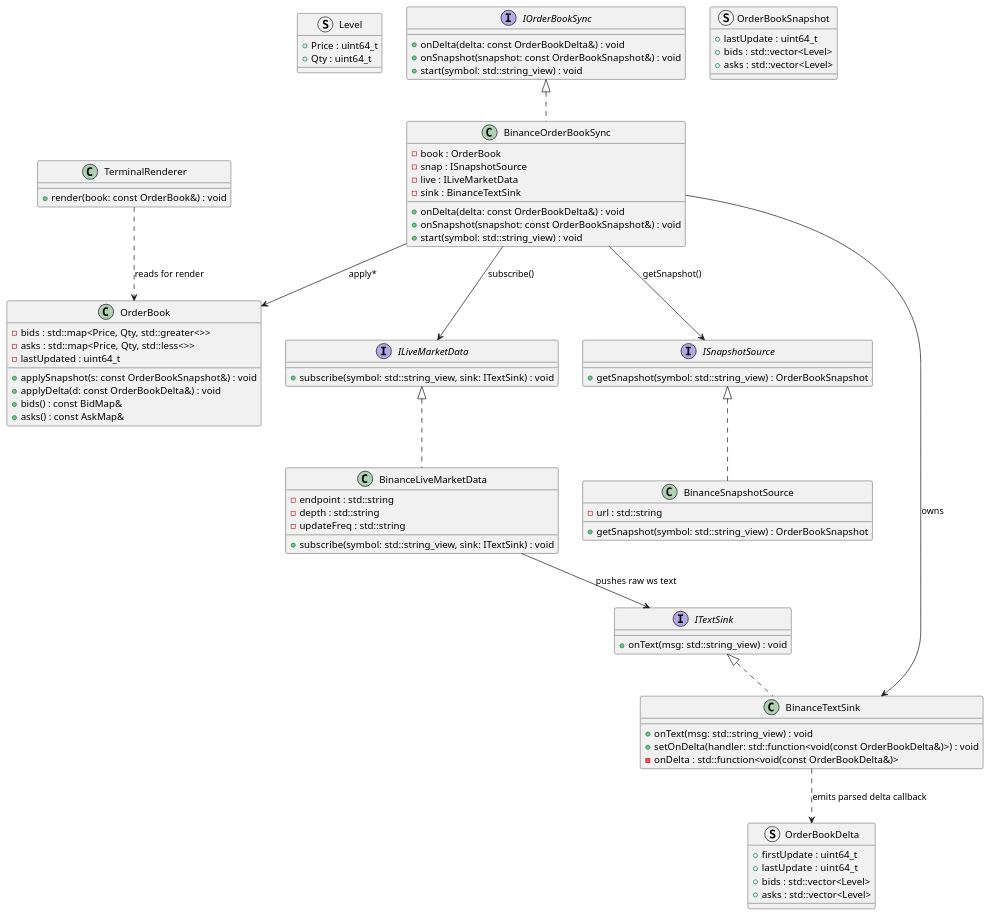
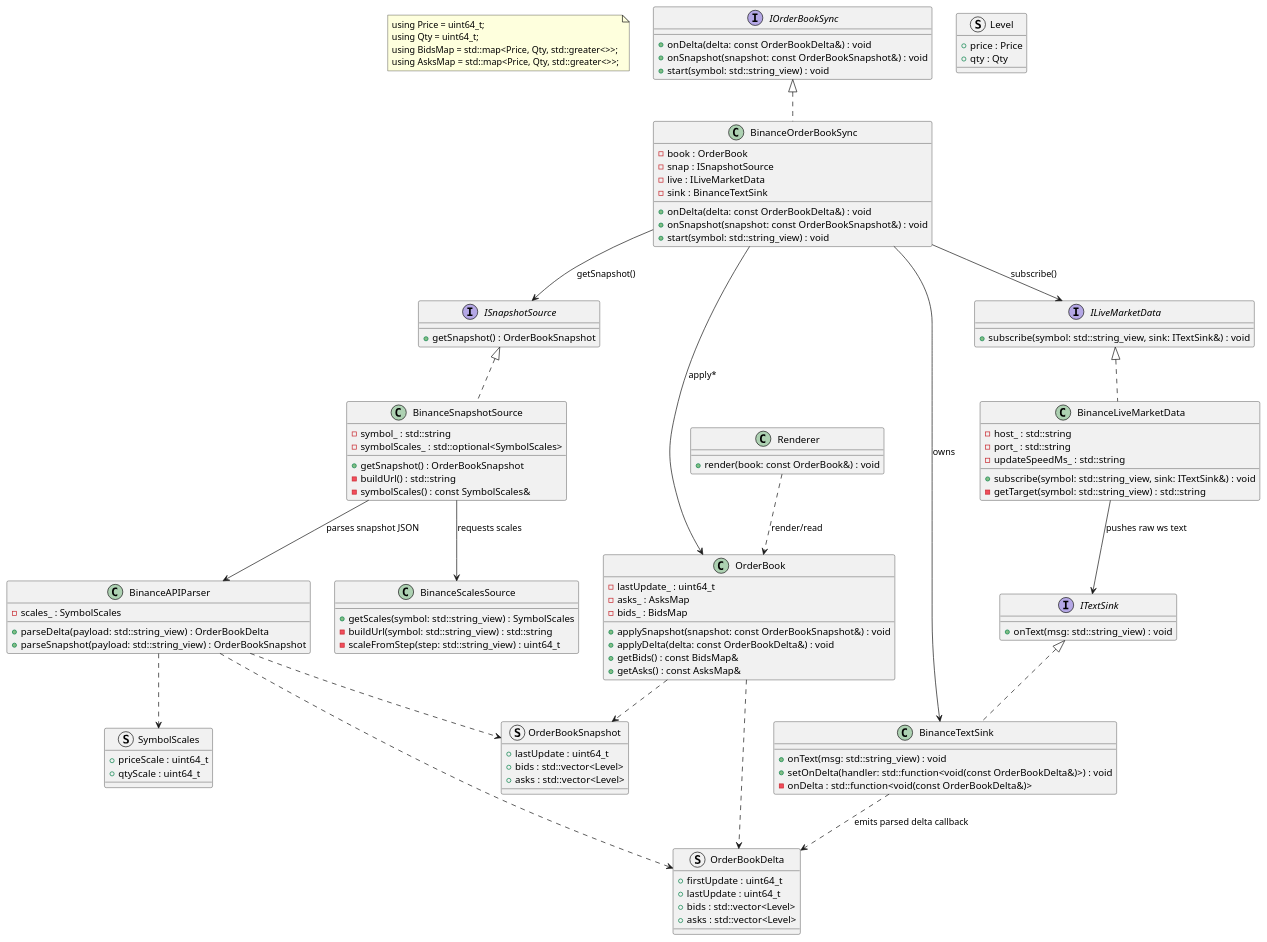
One commit to imehighlow/orderbook changed the diagram in uml_class_diagram.puml. Above: the diagram before and after it, drawn with PlantUML.

Commit message:
Updated uml, refreshed signatures (respect references), removed string_view usage from IShapshotSource

```diff
--- a/uml_class_diagram.puml
+++ b/uml_class_diagram.puml
@@ -1,98 +1,130 @@
 @startuml
 
-struct Level {
-    +Price : uint64_t
-    +Qty : uint64_t
+' ===== Domain =====
+note as TypeAliases
+using Price = uint64_t;
+using Qty = uint64_t;
+using BidsMap = std::map<Price, Qty, std::greater<>>;
+using AsksMap = std::map<Price, Qty, std::greater<>>;
+end note
+
+struct SymbolScales {
+    +priceScale : uint64_t
+    +qtyScale : uint64_t
 }
 
-' ===== Domain =====
+struct Level {
+    +price : Price
+    +qty : Qty
+}
+
 struct OrderBookDelta {
     +firstUpdate : uint64_t
-    +lastUpdate  : uint64_t
+    +lastUpdate : uint64_t
     +bids : std::vector<Level>
     +asks : std::vector<Level>
 }
 
 struct OrderBookSnapshot {
     +lastUpdate : uint64_t
     +bids : std::vector<Level>
     +asks : std::vector<Level>
 }
 
-' ===== Ingress =====
+' ===== Interfaces =====
 interface ITextSink {
     +onText(msg: std::string_view) : void
 }
 
 interface ILiveMarketData {
-    +subscribe(symbol: std::string_view, sink: ITextSink) : void
+    +subscribe(symbol: std::string_view, sink: ITextSink&) : void
 }
 
 interface ISnapshotSource {
-    +getSnapshot(symbol: std::string_view) : OrderBookSnapshot
+    +getSnapshot() : OrderBookSnapshot
 }
 
-' ===== Sync =====
 interface IOrderBookSync {
     +onDelta(delta: const OrderBookDelta&) : void
     +onSnapshot(snapshot: const OrderBookSnapshot&) : void
     +start(symbol: std::string_view) : void
 }
 
-' ===== Concrete exchange sources =====
+' ===== Implemented classes =====
 class BinanceLiveMarketData implements ILiveMarketData {
-    +subscribe(symbol: std::string_view, sink: ITextSink) : void
-    -endpoint : std::string
-    -depth : std::string
-    -updateFreq : std::string
+    +subscribe(symbol: std::string_view, sink: ITextSink&) : void
+    -getTarget(symbol: std::string_view) : std::string
+    -host_ : std::string
+    -port_ : std::string
+    -updateSpeedMs_ : std::string
+}
+
+class BinanceScalesSource {
+    +getScales(symbol: std::string_view) : SymbolScales
+    -buildUrl(symbol: std::string_view) : std::string
+    -scaleFromStep(step: std::string_view) : uint64_t
+}
+
+class BinanceAPIParser {
+    +parseDelta(payload: std::string_view) : OrderBookDelta
+    +parseSnapshot(payload: std::string_view) : OrderBookSnapshot
+    -scales_ : SymbolScales
 }
 
 class BinanceSnapshotSource implements ISnapshotSource {
-    +getSnapshot(symbol: std::string_view) : OrderBookSnapshot
-    -url : std::string
+    +getSnapshot() : OrderBookSnapshot
+    -buildUrl() : std::string
+    -symbolScales() : const SymbolScales&
+    -symbol_ : std::string
+    -symbolScales_ : std::optional<SymbolScales>
 }
 
-' ===== Sink (parsing lives here) =====
+class OrderBook {
+    +applySnapshot(snapshot: const OrderBookSnapshot&) : void
+    +applyDelta(delta: const OrderBookDelta&) : void
+    +getBids() : const BidsMap&
+    +getAsks() : const AsksMap&
+    -lastUpdate_ : uint64_t
+    -asks_ : AsksMap
+    -bids_ : BidsMap
+}
+
+' ===== Not implemented yet =====
 class BinanceTextSink implements ITextSink {
     +onText(msg: std::string_view) : void
     +setOnDelta(handler: std::function<void(const OrderBookDelta&)>) : void
     -onDelta : std::function<void(const OrderBookDelta&)>
 }
 
-' ===== Order book =====
-class OrderBook {
-    +applySnapshot(s: const OrderBookSnapshot&) : void
-    +applyDelta(d: const OrderBookDelta&) : void
-    +bids() : const BidMap&
-    +asks() : const AskMap&
-    -bids : std::map<Price, Qty, std::greater<>>
-    -asks : std::map<Price, Qty, std::less<>>
-    -lastUpdated : uint64_t
-}
-
-' ===== Sync implementation =====
 class BinanceOrderBookSync implements IOrderBookSync {
     +onDelta(delta: const OrderBookDelta&) : void
     +onSnapshot(snapshot: const OrderBookSnapshot&) : void
     +start(symbol: std::string_view) : void
     -book : OrderBook
     -snap : ISnapshotSource
     -live : ILiveMarketData
     -sink : BinanceTextSink
 }
 
-' ===== Rendering =====
-class TerminalRenderer {
+class Renderer {
     +render(book: const OrderBook&) : void
 }
 
 ' ===== Relations =====
+BinanceLiveMarketData --> ITextSink : pushes raw ws text
+BinanceSnapshotSource --> BinanceScalesSource : requests scales
+BinanceSnapshotSource --> BinanceAPIParser : parses snapshot JSON
+BinanceAPIParser ..> SymbolScales
+BinanceAPIParser ..> OrderBookDelta
+BinanceAPIParser ..> OrderBookSnapshot
+OrderBook ..> OrderBookDelta
+OrderBook ..> OrderBookSnapshot
+
 BinanceOrderBookSync --> OrderBook : apply*
 BinanceOrderBookSync --> ISnapshotSource : getSnapshot()
 BinanceOrderBookSync --> ILiveMarketData : subscribe()
 BinanceOrderBookSync --> BinanceTextSink : owns
-BinanceLiveMarketData --> ITextSink : pushes raw ws text
 BinanceTextSink ..> OrderBookDelta : emits parsed delta callback
-TerminalRenderer ..> OrderBook : reads for render
+Renderer ..> OrderBook : render/read
 
 @enduml
```
